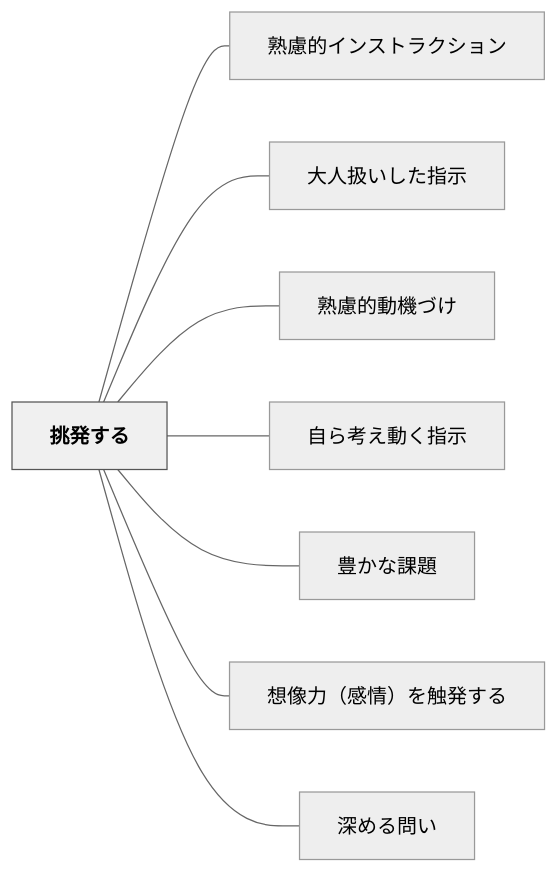
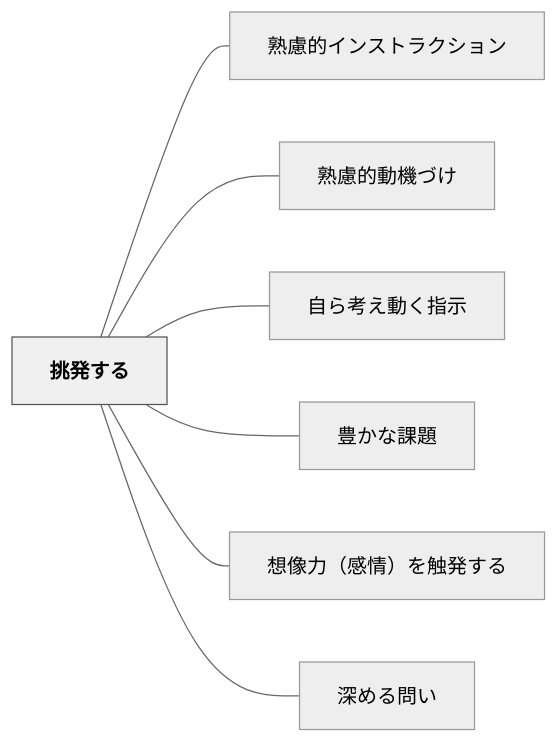
The diagram in content/パタン/挑発する.md (unknownthings-ed-patterns/unknownthings-ed-patterns), drawn with Mermaid (neutral theme) before and after one commit. The commit also changed other lines of this file and 41 other files, not shown here.

````diff
--- a/content/パタン/挑発する.md
+++ b/content/パタン/挑発する.md
@@ -38,22 +38,20 @@
 ```mermaid
 flowchart LR
     ne68c91e799bae38199e3828b["挑発する"]
     ne7869fe685aee79a84e382a4e383b3e382b9e38388e383a9e382afe382b7e383a7e383b3["熟慮的インストラクション"]
-    ne5a4a7e4babae689b1e38184e38197e3819fe68c87e7a4ba["大人扱いした指示"]
     ne7869fe685aee79a84e58b95e6a99fe381a5e38191["熟慮的動機づけ"]
     ne887aae38289e88083e38188e58b95e3818fe68c87e7a4ba["自ら考え動く指示"]
     ne8b18ae3818be381aae8aab2e9a18c["豊かな課題"]
     ne683b3e5838fe58a9befbc88e6849fe68385efbc89e38292e8a7a6e799bae38199e3828b["想像力（感情）を触発する"]
     ne6b7b1e38281e3828be5958fe38184["深める問い"]
 
     ne68c91e799bae38199e3828b --- ne7869fe685aee79a84e382a4e383b3e382b9e38388e383a9e382afe382b7e383a7e383b3
-    ne68c91e799bae38199e3828b --- ne5a4a7e4babae689b1e38184e38197e3819fe68c87e7a4ba
     ne68c91e799bae38199e3828b --- ne7869fe685aee79a84e58b95e6a99fe381a5e38191
     ne68c91e799bae38199e3828b --- ne887aae38289e88083e38188e58b95e3818fe68c87e7a4ba
     ne68c91e799bae38199e3828b --- ne8b18ae3818be381aae8aab2e9a18c
     ne68c91e799bae38199e3828b --- ne683b3e5838fe58a9befbc88e6849fe68385efbc89e38292e8a7a6e799bae38199e3828b
     ne68c91e799bae38199e3828b --- ne6b7b1e38281e3828be5958fe38184
 
     classDef hub fill:#f0f0f0,stroke:#555,color:#000,font-weight:bold
     class ne68c91e799bae38199e3828b hub
 ```
````
